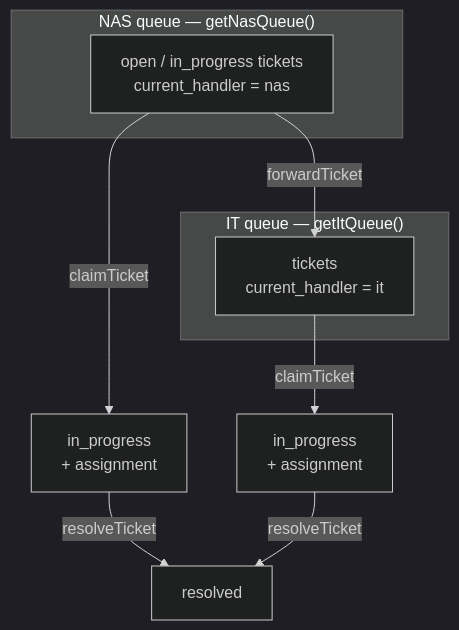
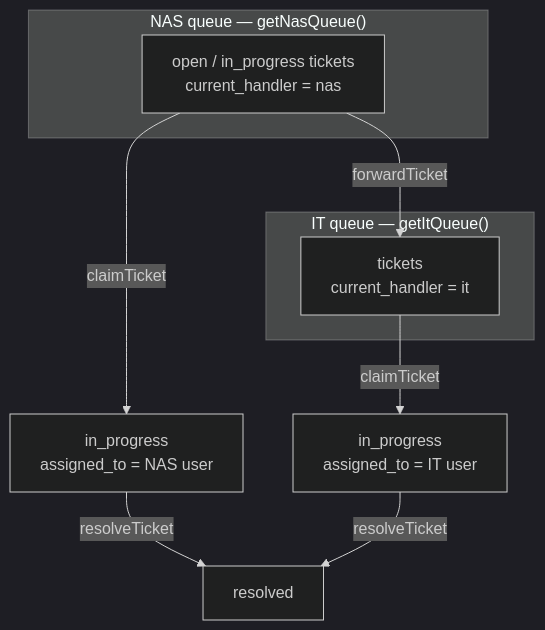
Before and after one commit to SeanixReal/Jobelonese: the sixth of 7 diagrams in docs/WORKFLOWS.md, drawn with Mermaid (dark theme). The commit also changed other lines of this file and 5 other files, not shown here.

Commit message:
Add use case diagram and sync documentation

````diff
--- a/docs/WORKFLOWS.md
+++ b/docs/WORKFLOWS.md
@@ -124,15 +132,15 @@
 ```mermaid
 flowchart TD
     subgraph NAS["NAS queue — getNasQueue()"]
         n1["open / in_progress tickets<br/>current_handler = nas"]
     end
     subgraph IT["IT queue — getItQueue()"]
         i1["tickets<br/>current_handler = it"]
     end
 
-    n1 -->|claimTicket| n2["in_progress<br/>+ assignment"]
+    n1 -->|claimTicket| n2["in_progress<br/>assigned_to = NAS user"]
     n2 -->|resolveTicket| done["resolved"]
     n1 -->|forwardTicket| i1
-    i1 -->|claimTicket| i2["in_progress<br/>+ assignment"]
+    i1 -->|claimTicket| i2["in_progress<br/>assigned_to = IT user"]
     i2 -->|resolveTicket| done
 ```
````
